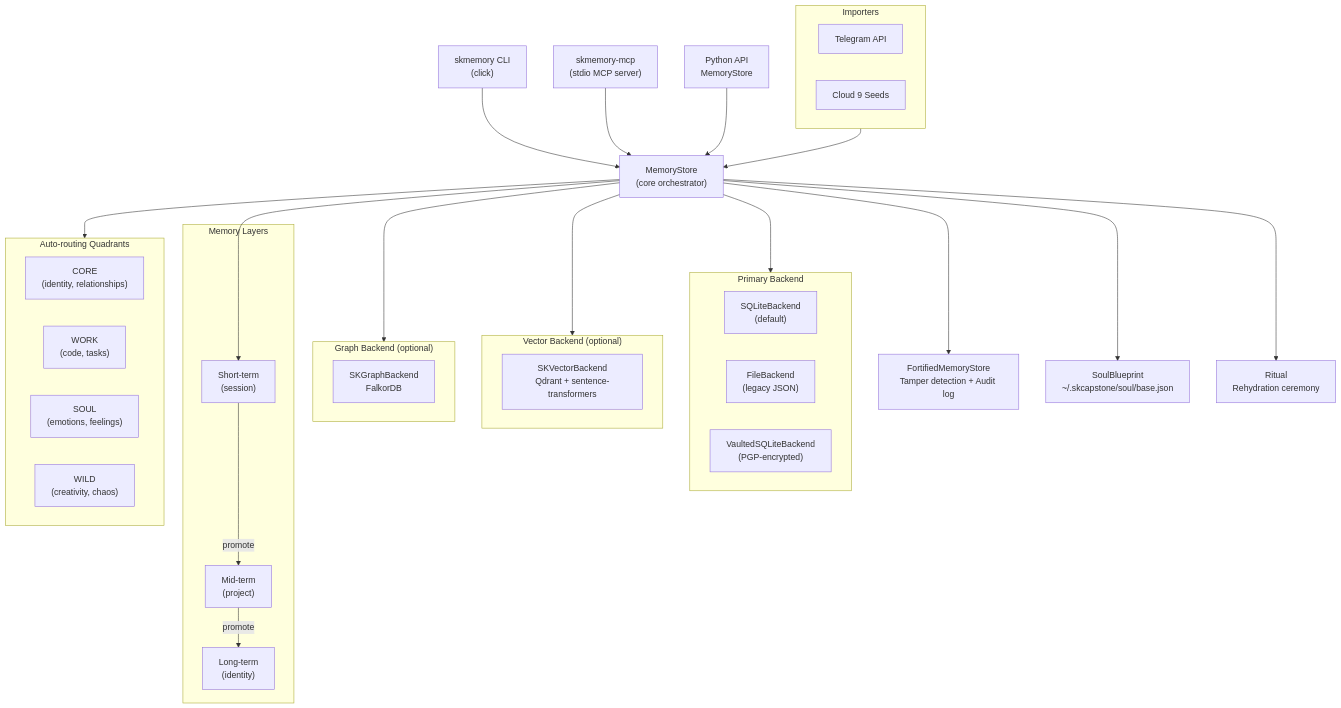
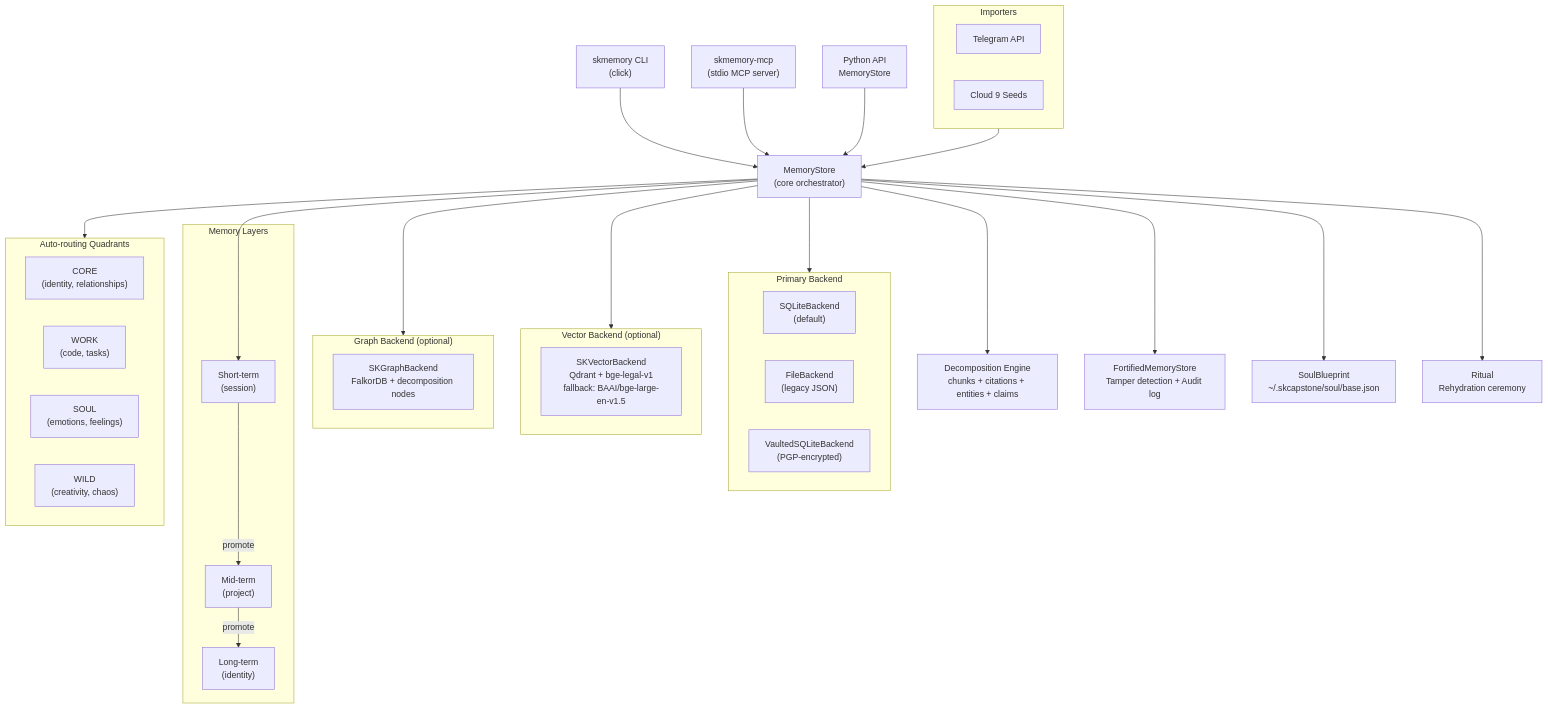
One commit to smilinTux/skmemory changed the diagram in README.md. Above: the diagram before and after it, drawn with Mermaid. The commit also changed other lines of this file and 28 other files, not shown here.

````diff
--- a/README.md
+++ b/README.md
@@ -50,60 +50,61 @@
 ```mermaid
 flowchart TD
     CLI["skmemory CLI\n(click)"]
     MCP["skmemory-mcp\n(stdio MCP server)"]
     API["Python API\nMemoryStore"]
 
     CLI --> Store
     MCP --> Store
     API --> Store
 
     Store["MemoryStore\n(core orchestrator)"]
 
+    Store --> Decompose["Decomposition Engine\nchunks + citations + entities + claims"]
     Store --> Primary
     Store --> Vector
     Store --> Graph
 
     subgraph Primary["Primary Backend"]
         SQLite["SQLiteBackend\n(default)"]
         File["FileBackend\n(legacy JSON)"]
         Vaulted["VaultedSQLiteBackend\n(PGP-encrypted)"]
     end
 
     subgraph Vector["Vector Backend (optional)"]
-        Qdrant["SKVectorBackend\nQdrant + sentence-transformers"]
+        Qdrant["SKVectorBackend\nQdrant + bge-legal-v1\nfallback: BAAI/bge-large-en-v1.5"]
     end
 
     subgraph Graph["Graph Backend (optional)"]
-        FalkorDB["SKGraphBackend\nFalkorDB"]
+        FalkorDB["SKGraphBackend\nFalkorDB + decomposition nodes"]
     end
 
     Store --> Fortress["FortifiedMemoryStore\nTamper detection + Audit log"]
     Store --> Soul["SoulBlueprint\n~/.skcapstone/soul/base.json"]
     Store --> Ritual["Ritual\nRehydration ceremony"]
 
     subgraph Layers["Memory Layers"]
         Short["Short-term\n(session)"]
         Mid["Mid-term\n(project)"]
         Long["Long-term\n(identity)"]
     end
 
     Store --> Short
     Short -->|promote| Mid
     Mid -->|promote| Long
 
     subgraph Quadrants["Auto-routing Quadrants"]
         CORE["CORE\n(identity, relationships)"]
         WORK["WORK\n(code, tasks)"]
         SOUL["SOUL\n(emotions, feelings)"]
         WILD["WILD\n(creativity, chaos)"]
     end
 
     Store --> Quadrants
 
     subgraph Importers["Importers"]
         Telegram["Telegram API"]
         Seeds["Cloud 9 Seeds"]
     end
 
     Importers --> Store
 ```
````
